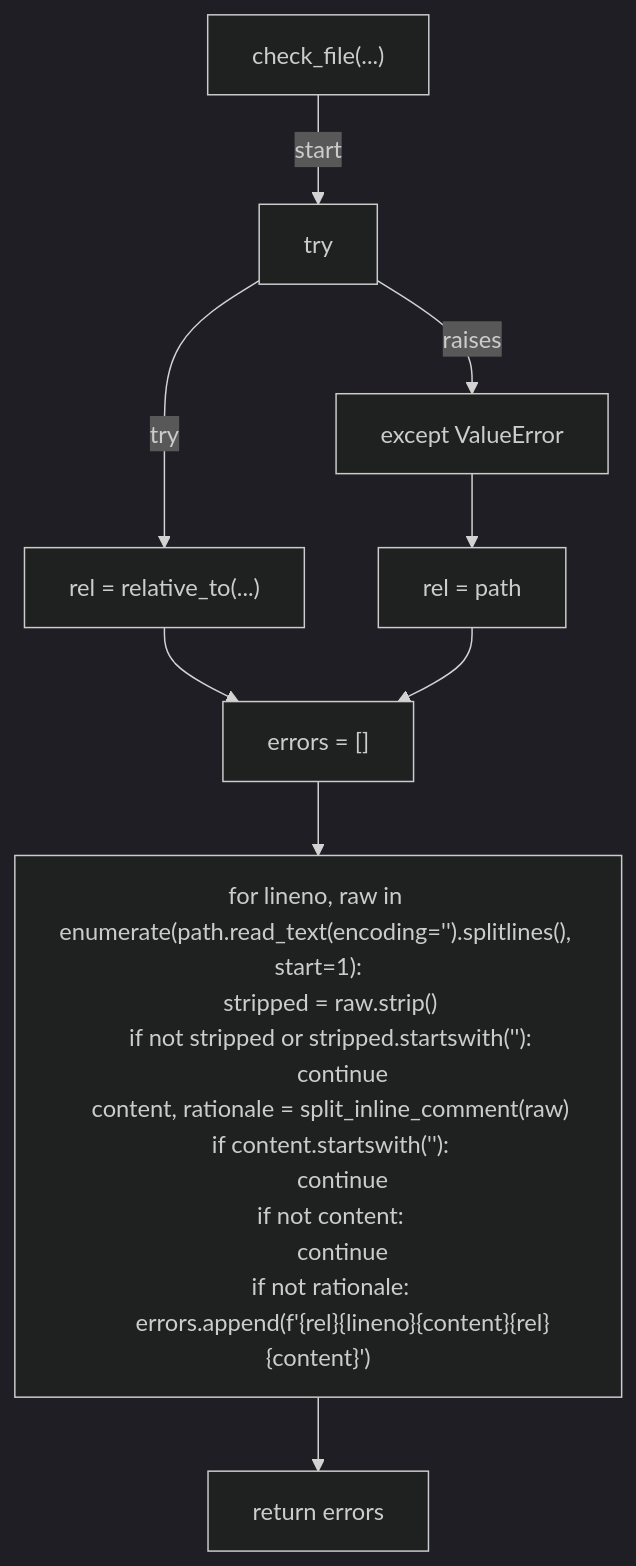
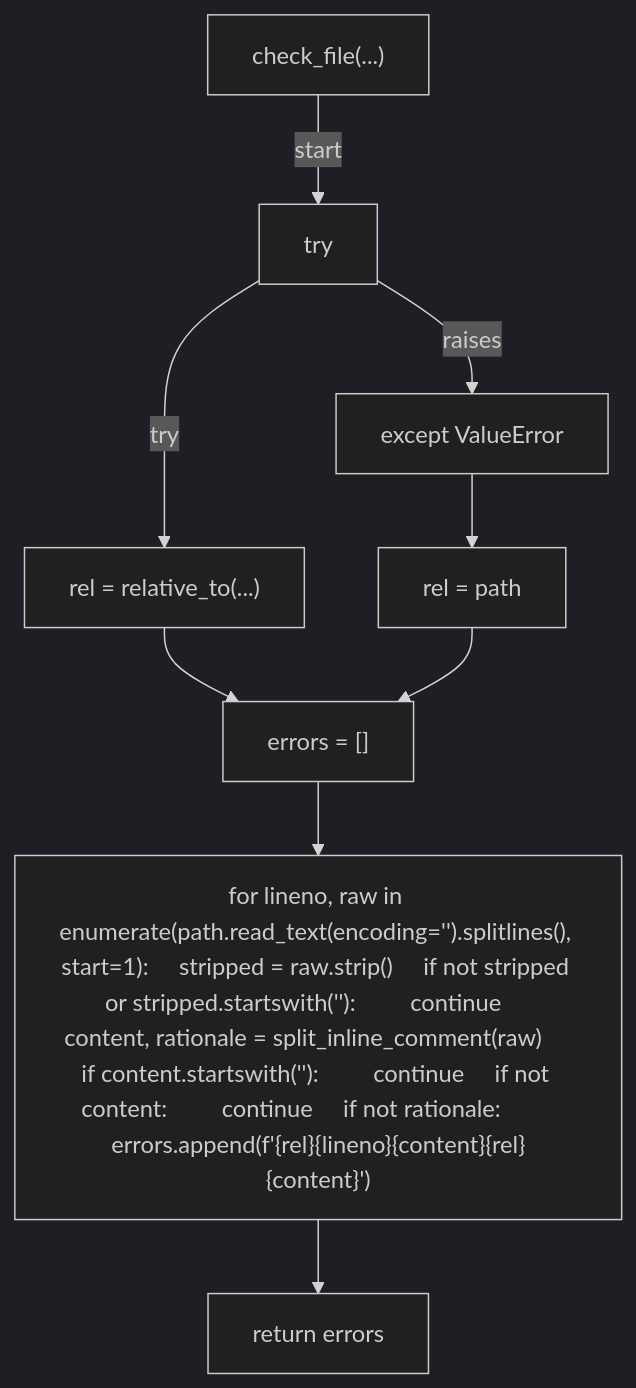
One commit to tvna/claude-md changed the first of 4 diagrams in docs/generated/scripts/ast/scan_allowlist_rationale.md. Above: the diagram before and after it, drawn with Mermaid (dark theme). The commit also changed other lines of this file and 29 other files, not shown here.

First line of the commit message:
docs(generated): regenerate decision tree and workflow diagrams (batch 3/5)

````diff
--- a/docs/generated/scripts/ast/scan_allowlist_rationale.md
+++ b/docs/generated/scripts/ast/scan_allowlist_rationale.md
@@ -7,29 +7,19 @@
 ```mermaid
 flowchart TD
     N001["check_file(...)"]
     N002["try"]
     N003["rel = relative_to(...)"]
     N004["except ValueError"]
     N005["rel = path"]
     N006["errors = []"]
-    N007["for lineno, raw in enumerate(path.read_text(encoding='<str>').splitlines(), start=1):
-    stripped = raw.strip()
-    if not stripped or stripped.startswith('<str>'):
-        continue
-    content, rationale = split_inline_comment(raw)
-    if content.startswith('<str>'):
-        continue
-    if not content:
-        continue
-    if not rationale:
-        errors.append(f'<str>{rel}<str>{lineno}<str>{content}<str>{rel}<str>{content}<str>')"]
+    N007["for lineno, raw in enumerate(path.read_text(encoding='<str>').splitlines(), start=1):     stripped = raw.strip()     if not stripped or stripped.startswith('<str>'):         continue     content, rationale = split_inline_comment(raw)     if content.startswith('<str>'):         continue     if not content:         continue     if not rationale:         errors.append(f'<str>{rel}<str>{lineno}<str>{content}<str>{rel}<str>{content}<str>')"]
     N008["return errors"]
     N001 -->|"start"| N002
     N002 -->|"try"| N003
     N002 -->|"raises"| N004
     N004 --> N005
     N003 --> N006
     N005 --> N006
     N006 --> N007
     N007 --> N008
 ```
````
